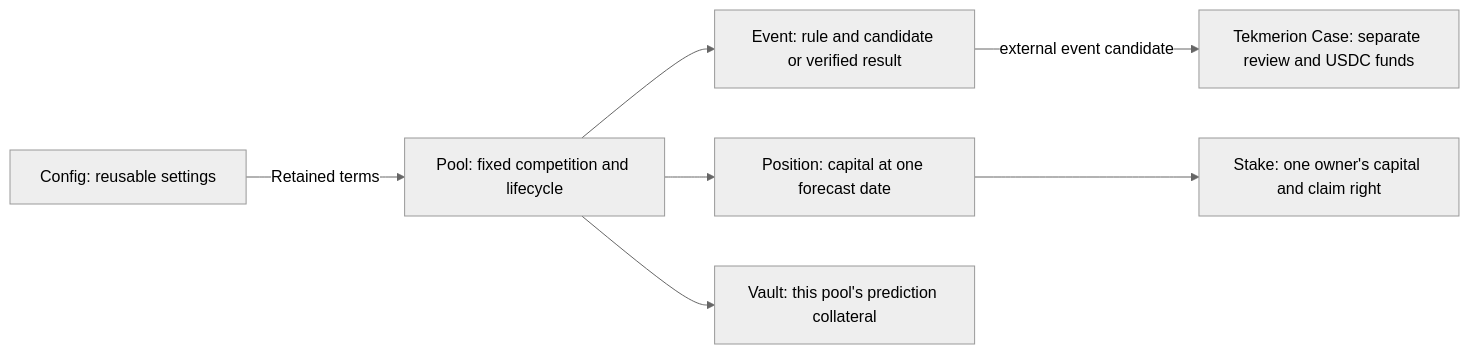
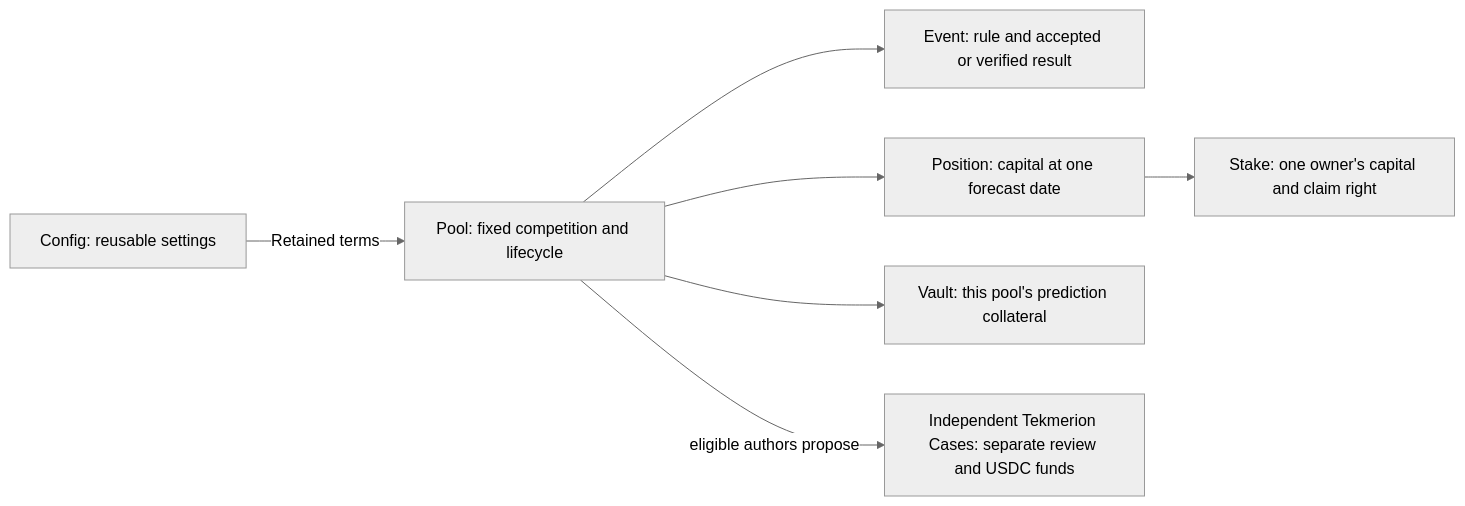
One commit to binqbit/manteon changed the second of 6 diagrams in docs/how-it-works.md. Above: the diagram before and after it, drawn with Mermaid (neutral theme). The commit also changed other lines of this file and 32 other files, not shown here.

First line of the commit message:
Support concurrent external event review cases

````diff
--- a/docs/how-it-works.md
+++ b/docs/how-it-works.md
@@ -41,9 +41,9 @@
 ```mermaid
 flowchart LR
     Config["Config: reusable settings"] -->|"Retained terms"| Pool["Pool: fixed competition and lifecycle"]
-    Pool --> Event["Event: rule and candidate or verified result"]
+    Pool --> Event["Event: rule and accepted or verified result"]
     Pool --> Position["Position: capital at one forecast date"]
     Position --> Stake["Stake: one owner's capital and claim right"]
     Pool --> Vault["Vault: this pool's prediction collateral"]
-    Event -->|"external event candidate"| Review["Tekmerion Case: separate review and USDC funds"]
+    Pool -->|"eligible authors propose"| Review["Independent Tekmerion Cases: separate review and USDC funds"]
 ```
````
